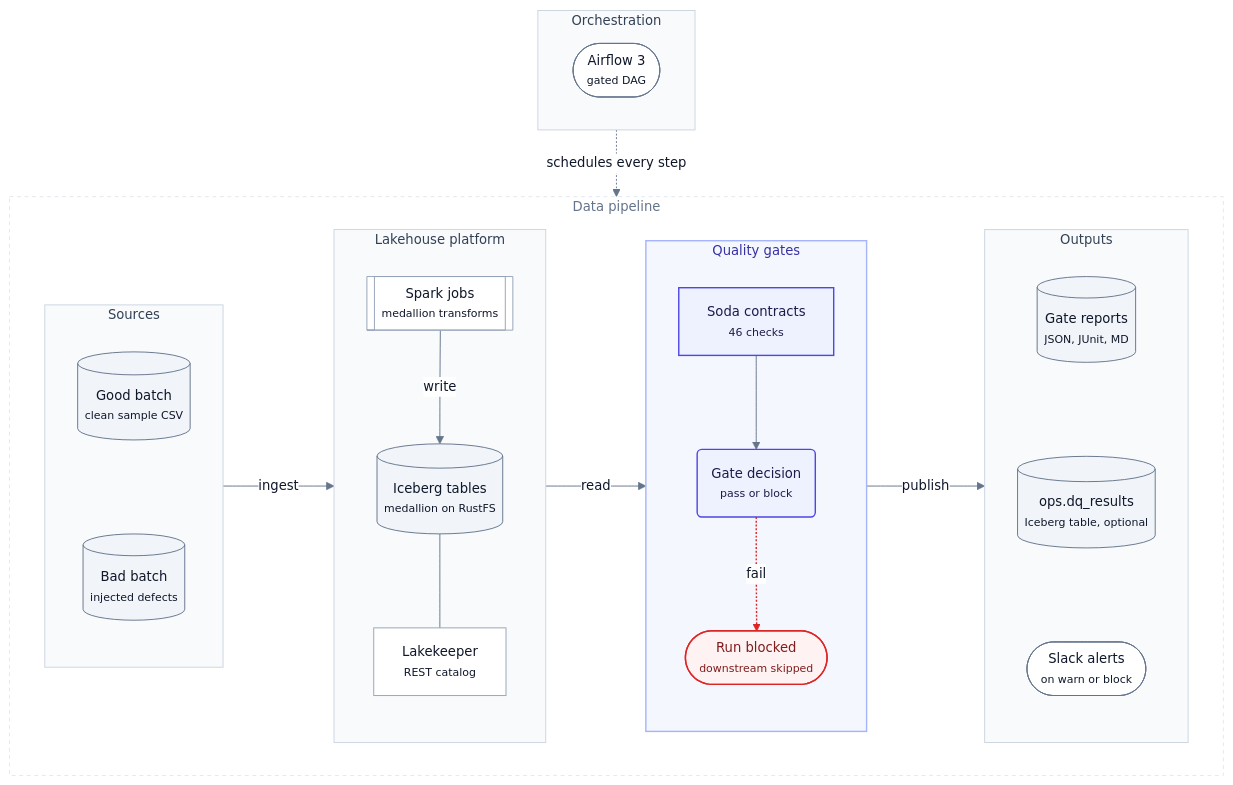
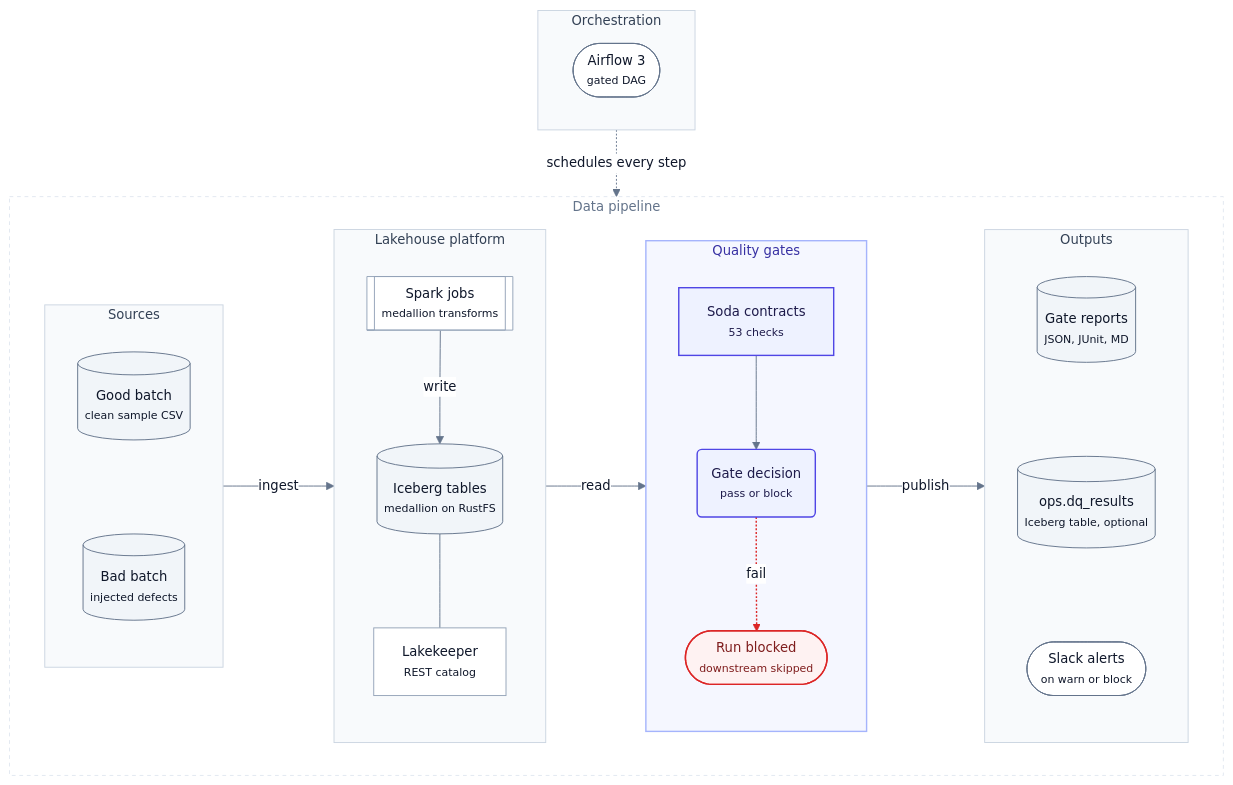
The diagram in docs/diagrams/system-architecture.mmd (santoshshinde2012/lakehouse-quality-gates), drawn with Mermaid before and after one commit. The commit also changed 97 other files, not shown here.

```diff
--- a/docs/diagrams/system-architecture.mmd
+++ b/docs/diagrams/system-architecture.mmd
@@ -1,59 +1,59 @@
 %%{init: {'theme':'base','themeVariables':{'fontFamily':'Inter, system-ui, -apple-system, Segoe UI, Helvetica, Arial, sans-serif','fontSize':'14px','primaryColor':'#ffffff','primaryTextColor':'#0f172a','primaryBorderColor':'#94a3b8','secondaryColor':'#f8fafc','tertiaryColor':'#f8fafc','lineColor':'#64748b','textColor':'#0f172a','clusterBkg':'#f8fafc','clusterBorder':'#cbd5e1','titleColor':'#334155','edgeLabelBackground':'#ffffff','noteBkgColor':'#f8fafc','noteTextColor':'#0f172a','noteBorderColor':'#cbd5e1','actorBkg':'#ffffff','actorBorder':'#94a3b8','actorTextColor':'#0f172a','actorLineColor':'#94a3b8','signalColor':'#475569','signalTextColor':'#0f172a','labelBoxBkgColor':'#f8fafc','labelBoxBorderColor':'#94a3b8','labelTextColor':'#0f172a','loopTextColor':'#0f172a','activationBkgColor':'#eef2ff','activationBorderColor':'#4f46e5','sequenceNumberColor':'#ffffff','classText':'#0f172a','xyChart':{'backgroundColor':'#ffffff','plotColorPalette':'#4f46e5, #d97706, #0d9488','titleColor':'#0f172a','xAxisLabelColor':'#334155','yAxisLabelColor':'#334155','xAxisLineColor':'#94a3b8','yAxisLineColor':'#94a3b8'}}}}%%
 %% Title: System architecture
 %% Purpose: Where the quality gates sit between the lakehouse layers and what they produce
 %% Last updated: 2026-10-13
 %% Theme: docs/diagrams/THEME.md (shared init line above). Edit here, then run: make diagrams
 flowchart TB
   subgraph ORCH["Orchestration"]
     direction LR
     AF(["Airflow 3<br/><small>gated DAG</small>"]):::actor
   end
   subgraph FLOW["Data pipeline"]
     direction LR
     subgraph SRC["Sources"]
       direction TB
       CSV[("Good batch<br/><small>clean sample CSV</small>")]:::store
       BAD[("Bad batch<br/><small>injected defects</small>")]:::store
       CSV ~~~ BAD
     end
     subgraph LAKE["Lakehouse platform"]
       direction TB
       JOB[["Spark jobs<br/><small>medallion transforms</small>"]]:::node
       TBL[("Iceberg tables<br/><small>medallion on RustFS</small>")]:::store
       CAT["Lakekeeper<br/><small>REST catalog</small>"]:::node
       JOB -->|write| TBL
       TBL --- CAT
     end
     subgraph DQ["Quality gates"]
       direction TB
-      SODA["Soda contracts<br/><small>46 checks</small>"]:::ours
+      SODA["Soda contracts<br/><small>53 checks</small>"]:::ours
       GATE("Gate decision<br/><small>pass or block</small>"):::ours
       BLK(["Run blocked<br/><small>downstream skipped</small>"]):::blocked
       SODA --> GATE
       GATE -. fail .-> BLK
     end
     subgraph OUT["Outputs"]
       direction TB
       REP[("Gate reports<br/><small>JSON, JUnit, MD</small>")]:::store
       DQR[("ops.dq_results<br/><small>Iceberg table, optional</small>")]:::store
       SLK(["Slack alerts<br/><small>on warn or block</small>"]):::actor
       REP ~~~ DQR ~~~ SLK
     end
     SRC -->|ingest| LAKE
     LAKE -->|read| DQ
     DQ -->|publish| OUT
   end
   ORCH -. schedules every step .-> FLOW
   classDef node fill:#ffffff,stroke:#94a3b8,stroke-width:1px,color:#0f172a
   classDef store fill:#f1f5f9,stroke:#64748b,stroke-width:1px,color:#0f172a
   classDef ours fill:#eef2ff,stroke:#4f46e5,stroke-width:1.5px,color:#1e1b4b
   classDef actor fill:#ffffff,stroke:#64748b,stroke-width:1px,color:#0f172a
   classDef blocked fill:#fef2f2,stroke:#dc2626,stroke-width:1.5px,color:#7f1d1d
   classDef pass fill:#f0fdf4,stroke:#16a34a,stroke-width:1.5px,color:#14532d
   style ORCH fill:#f8fafc,stroke:#cbd5e1,stroke-width:1px,color:#334155
   style FLOW fill:#ffffff,stroke:#e2e8f0,stroke-width:1px,stroke-dasharray:4 4,color:#64748b
   style SRC fill:#f8fafc,stroke:#cbd5e1,stroke-width:1px,color:#334155
   style LAKE fill:#f8fafc,stroke:#cbd5e1,stroke-width:1px,color:#334155
   style DQ fill:#f5f7ff,stroke:#a5b4fc,stroke-width:1.5px,color:#3730a3
   style OUT fill:#f8fafc,stroke:#cbd5e1,stroke-width:1px,color:#334155
   linkStyle 4 stroke:#dc2626,stroke-width:1.5px
```
